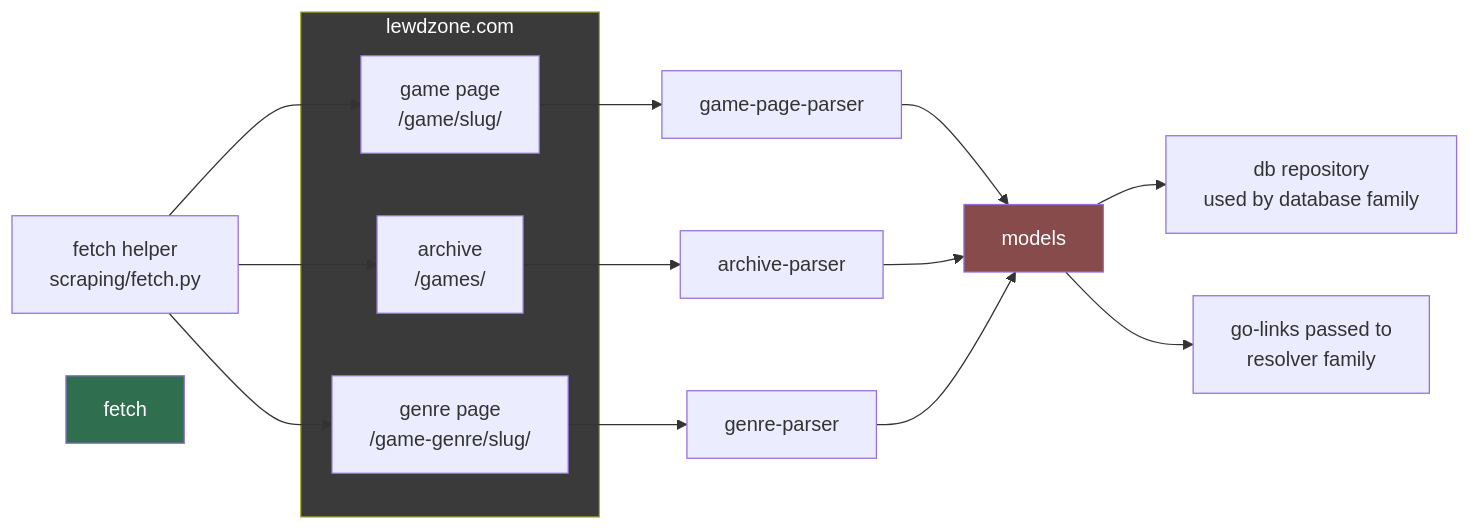
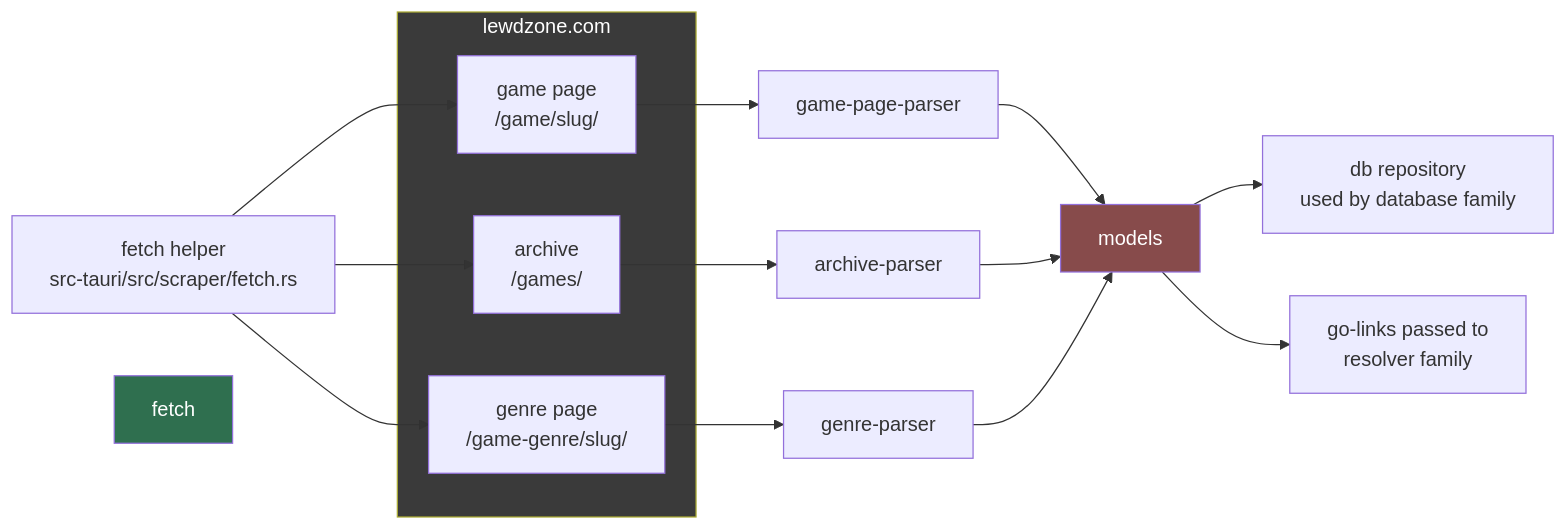
One commit to HELIX-Origin/LewdZone-Launcher changed the diagram in .agents/agents/scraper/scraper.md. Above: the diagram before and after it, drawn with Mermaid. The commit also changed other lines of this file and 217 other files, not shown here.

````diff
--- a/.agents/agents/scraper/scraper.md
+++ b/.agents/agents/scraper/scraper.md
@@ -51,27 +51,27 @@
 ```mermaid
 flowchart LR
     subgraph Site["lewdzone.com"]
         A["game page<br/>/game/slug/"]
         B["archive<br/>/games/"]
         C["genre page<br/>/game-genre/slug/"]
     end
 
-    F["fetch helper<br/>scraping/fetch.py"] --> A
+    F["fetch helper<br/>src-tauri/src/scraper/fetch.rs"] --> A
     F --> B
     F --> C
 
     A --> P1[game-page-parser]
     B --> P2[archive-parser]
     C --> P3[genre-parser]
 
     P1 --> M1["models"]
     P2 --> M1
     P3 --> M1
 
     M1 --> DB["db repository<br/>used by database family"]
     M1 --> R["go-links passed to<br/>resolver family"]
 
     style Site fill:#3a3a3a,color:#fff
     style fetch fill:#2f6f4f,color:#fff
     style M1 fill:#874b4b,color:#fff
 ```
````
